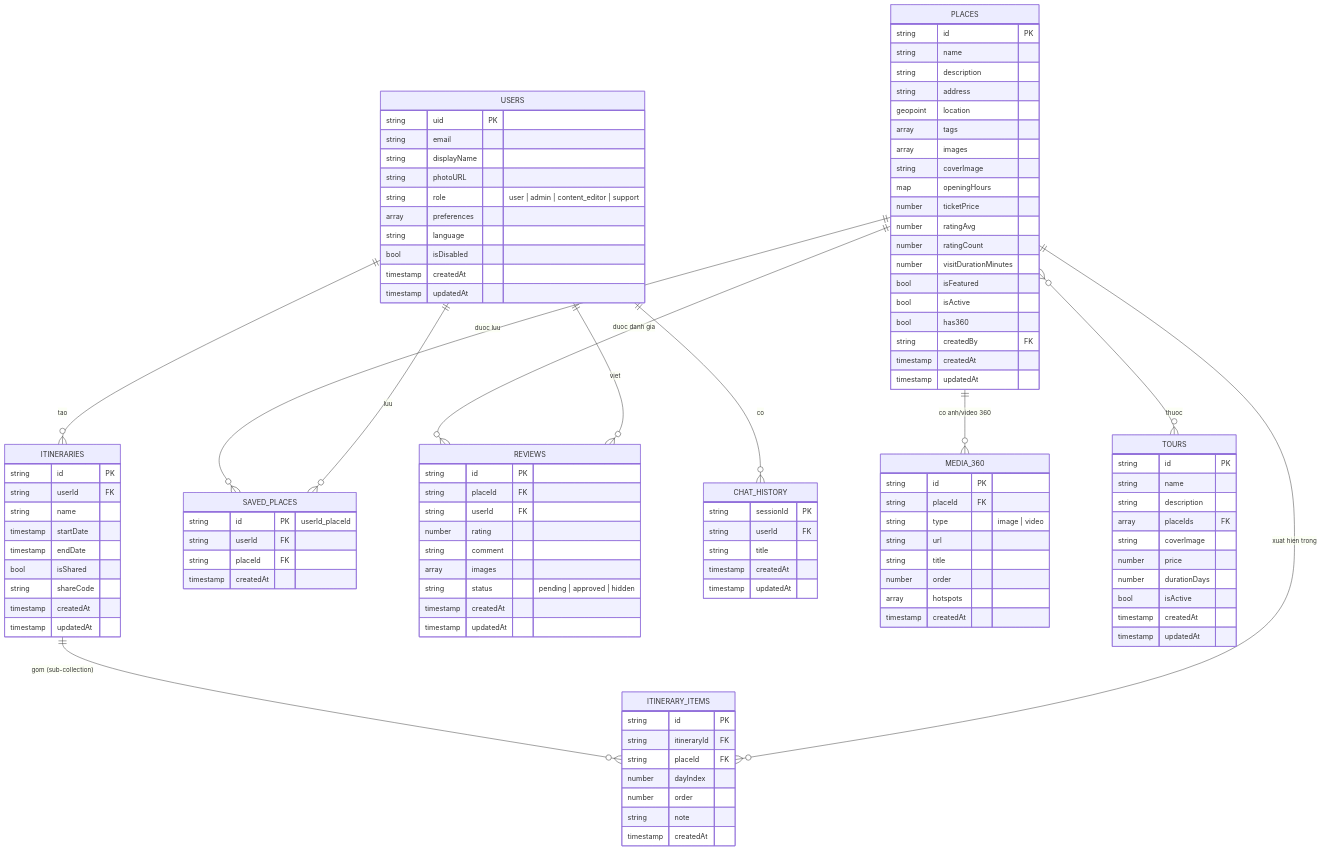
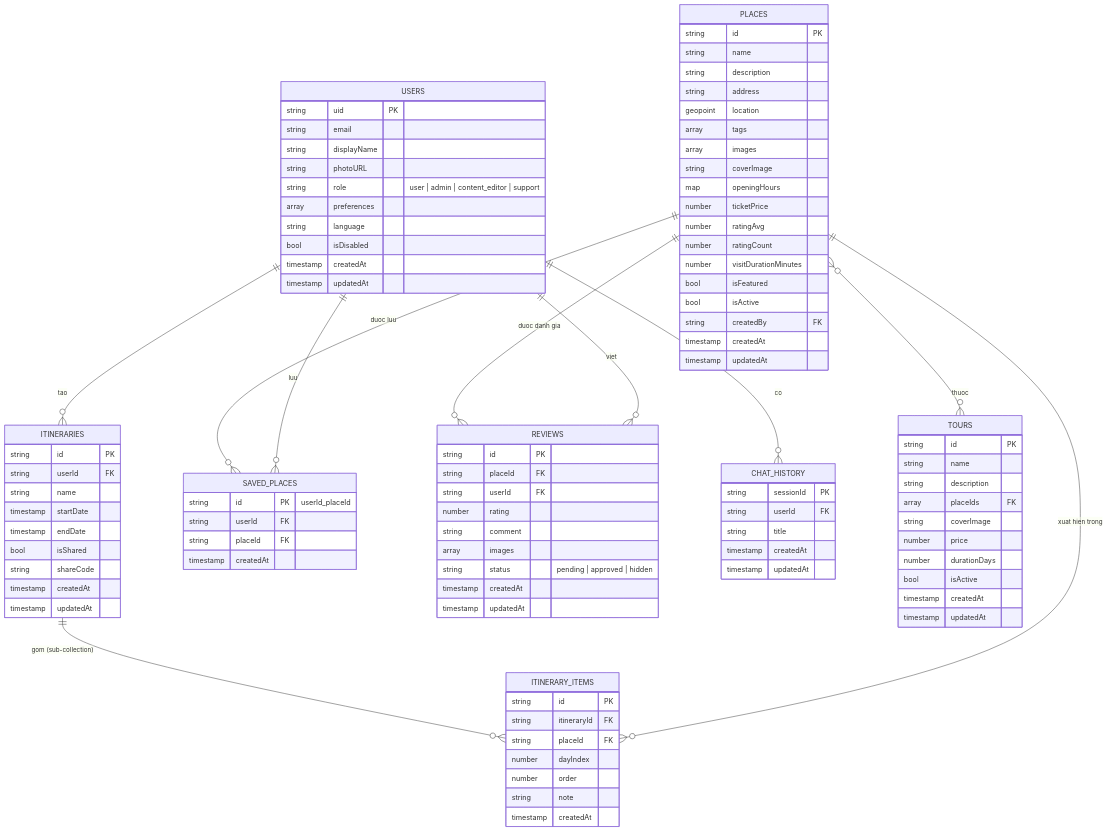
The diagram in docs/erd-database.mermaid (tuong10adc2/Travel_App), drawn with Mermaid before and after one commit. The commit also changed 72 other files, not shown here.

```diff
--- a/docs/erd-database.mermaid
+++ b/docs/erd-database.mermaid
@@ -1,121 +1,108 @@
 erDiagram
     USERS ||--o{ ITINERARIES : "tao"
     USERS ||--o{ SAVED_PLACES : "luu"
     USERS ||--o{ REVIEWS : "viet"
     USERS ||--o{ CHAT_HISTORY : "co"
 
-    PLACES ||--o{ MEDIA_360 : "co anh/video 360"
     PLACES ||--o{ REVIEWS : "duoc danh gia"
     PLACES ||--o{ SAVED_PLACES : "duoc luu"
     PLACES ||--o{ ITINERARY_ITEMS : "xuat hien trong"
     PLACES }o--o{ TOURS : "thuoc"
 
     ITINERARIES ||--o{ ITINERARY_ITEMS : "gom (sub-collection)"
 
     USERS {
         string uid PK
         string email
         string displayName
         string photoURL
         string role "user | admin | content_editor | support"
         array preferences
         string language
         bool isDisabled
         timestamp createdAt
         timestamp updatedAt
     }
 
     PLACES {
         string id PK
         string name
         string description
         string address
         geopoint location
         array tags
         array images
         string coverImage
         map openingHours
         number ticketPrice
         number ratingAvg
         number ratingCount
         number visitDurationMinutes
         bool isFeatured
         bool isActive
-        bool has360
         string createdBy FK
         timestamp createdAt
         timestamp updatedAt
-    }
-
-    MEDIA_360 {
-        string id PK
-        string placeId FK
-        string type "image | video"
-        string url
-        string title
-        number order
-        array hotspots
-        timestamp createdAt
     }
 
     TOURS {
         string id PK
         string name
         string description
         array placeIds FK
         string coverImage
         number price
         number durationDays
         bool isActive
         timestamp createdAt
         timestamp updatedAt
     }
 
     ITINERARIES {
         string id PK
         string userId FK
         string name
         timestamp startDate
         timestamp endDate
         bool isShared
         string shareCode
         timestamp createdAt
         timestamp updatedAt
     }
 
     ITINERARY_ITEMS {
         string id PK
         string itineraryId FK
         string placeId FK
         number dayIndex
         number order
         string note
         timestamp createdAt
     }
 
     REVIEWS {
         string id PK
         string placeId FK
         string userId FK
         number rating
         string comment
         array images
         string status "pending | approved | hidden"
         timestamp createdAt
         timestamp updatedAt
     }
 
     SAVED_PLACES {
         string id PK "userId_placeId"
         string userId FK
         string placeId FK
         timestamp createdAt
     }
 
     CHAT_HISTORY {
         string sessionId PK
         string userId FK
         string title
         timestamp createdAt
         timestamp updatedAt
     }
```
